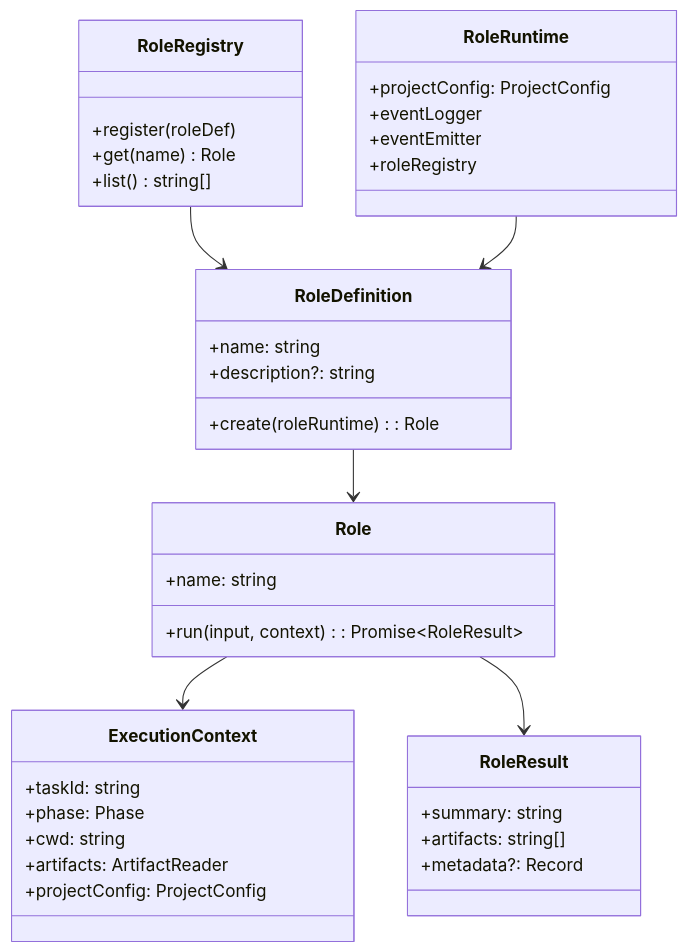
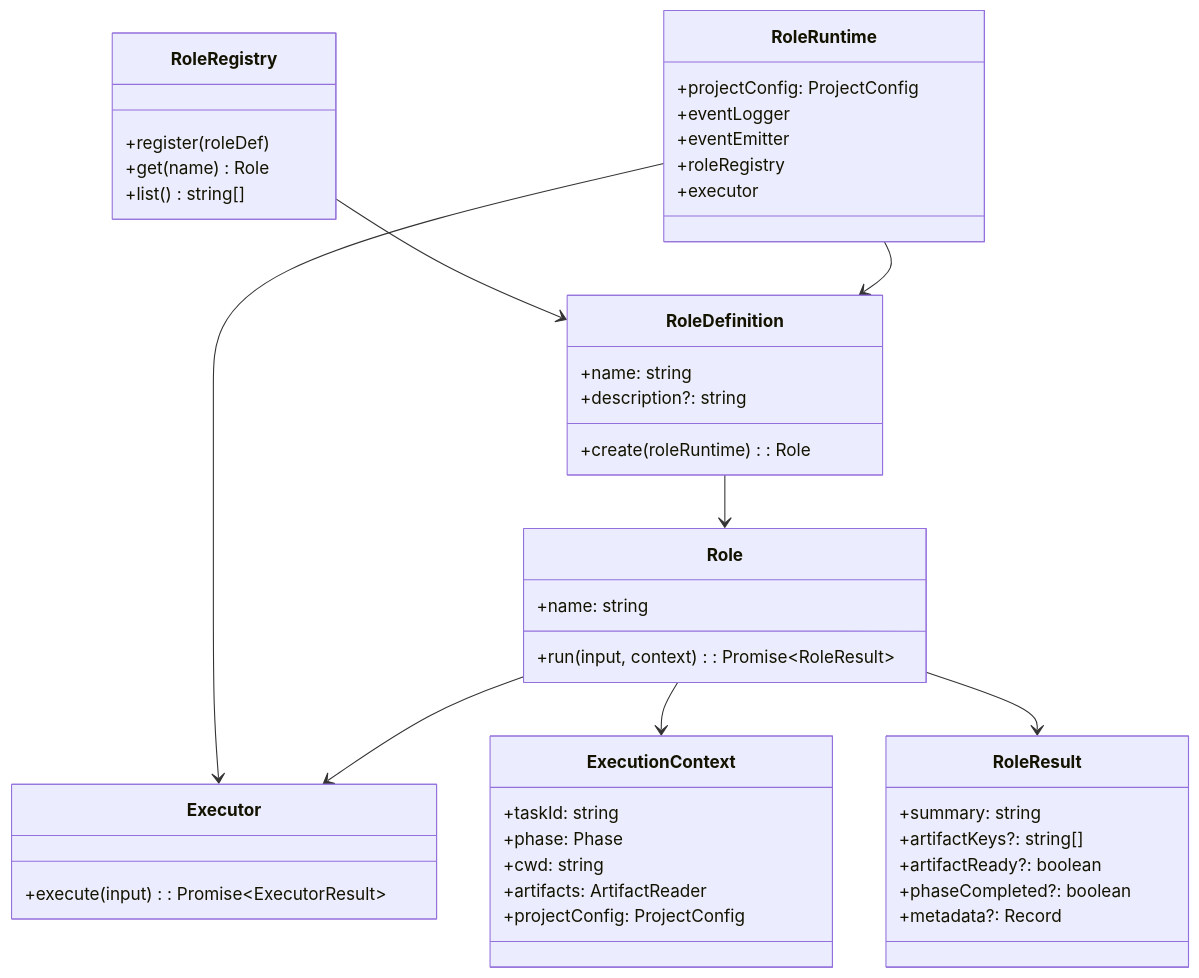
The fourth of 4 diagrams in roleflow/clarifications/0.1.0/default-workflow-role-layer-prd.md (AryzingKhaos/AegisFlow), drawn with Mermaid before and after one commit. The commit also changed other lines of this file and 7 other files, not shown here.

````diff
--- a/roleflow/clarifications/0.1.0/default-workflow-role-layer-prd.md
+++ b/roleflow/clarifications/0.1.0/default-workflow-role-layer-prd.md
@@ -220,46 +251,55 @@
 ```mermaid
 classDiagram
     class RoleRegistry {
       +register(roleDef)
       +get(name) Role
       +list() string[]
     }
 
     class RoleDefinition {
       +name: string
       +description?: string
       +create(roleRuntime): Role
     }
 
     class RoleRuntime {
       +projectConfig: ProjectConfig
       +eventLogger
       +eventEmitter
       +roleRegistry
+      +executor
     }
 
     class Role {
       +name: string
       +run(input, context): Promise~RoleResult~
+    }
+
+    class Executor {
+      +execute(input): Promise~ExecutorResult~
     }
 
     class ExecutionContext {
       +taskId: string
       +phase: Phase
       +cwd: string
       +artifacts: ArtifactReader
       +projectConfig: ProjectConfig
     }
 
     class RoleResult {
       +summary: string
-      +artifacts: string[]
+      +artifactKeys?: string[]
+      +artifactReady?: boolean
+      +phaseCompleted?: boolean
       +metadata?: Record
     }
 
     RoleRegistry --> RoleDefinition
     RoleRuntime --> RoleDefinition
     RoleDefinition --> Role
+    RoleRuntime --> Executor
+    Role --> Executor
     Role --> ExecutionContext
     Role --> RoleResult
 ```
````
